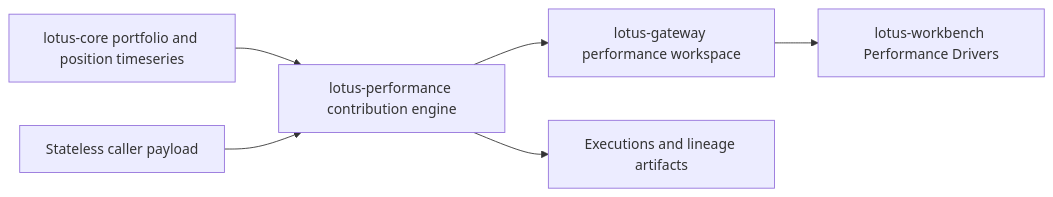
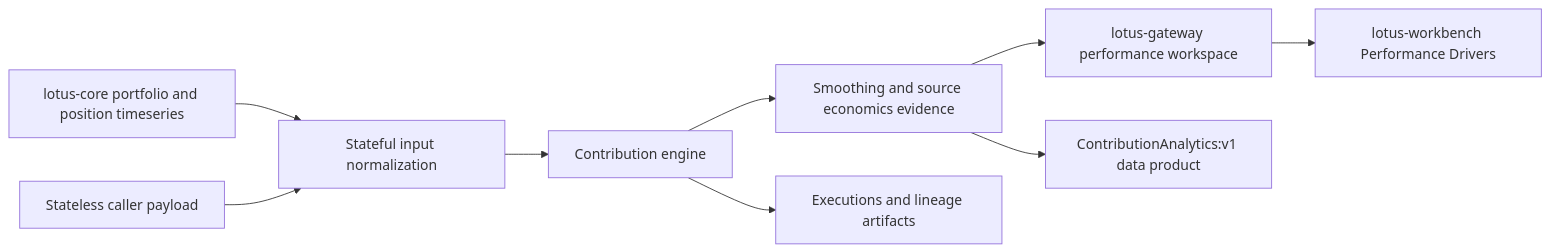
The first of 2 diagrams in wiki/Contribution-Analytics.md (sgajbi/lotus-performance), drawn with Mermaid before and after one commit. The commit also changed other lines of this file and 4 other files, not shown here.

````diff
--- a/wiki/Contribution-Analytics.md
+++ b/wiki/Contribution-Analytics.md
@@ -25,8 +25,11 @@
 ```mermaid
 flowchart LR
-    Core[lotus-core portfolio and position timeseries] --> Performance[lotus-performance contribution engine]
-    Caller[Stateless caller payload] --> Performance
-    Performance --> Gateway[lotus-gateway performance workspace]
+    Core[lotus-core portfolio and position timeseries] --> Normalize[Stateful input normalization]
+    Caller[Stateless caller payload] --> Normalize
+    Normalize --> Engine[Contribution engine]
+    Engine --> Evidence[Smoothing and source economics evidence]
+    Evidence --> Gateway[lotus-gateway performance workspace]
     Gateway --> Workbench[lotus-workbench Performance Drivers]
-    Performance --> Lineage[Executions and lineage artifacts]
+    Engine --> Lineage[Executions and lineage artifacts]
+    Evidence --> Mesh[ContributionAnalytics:v1 data product]
 ```
````
